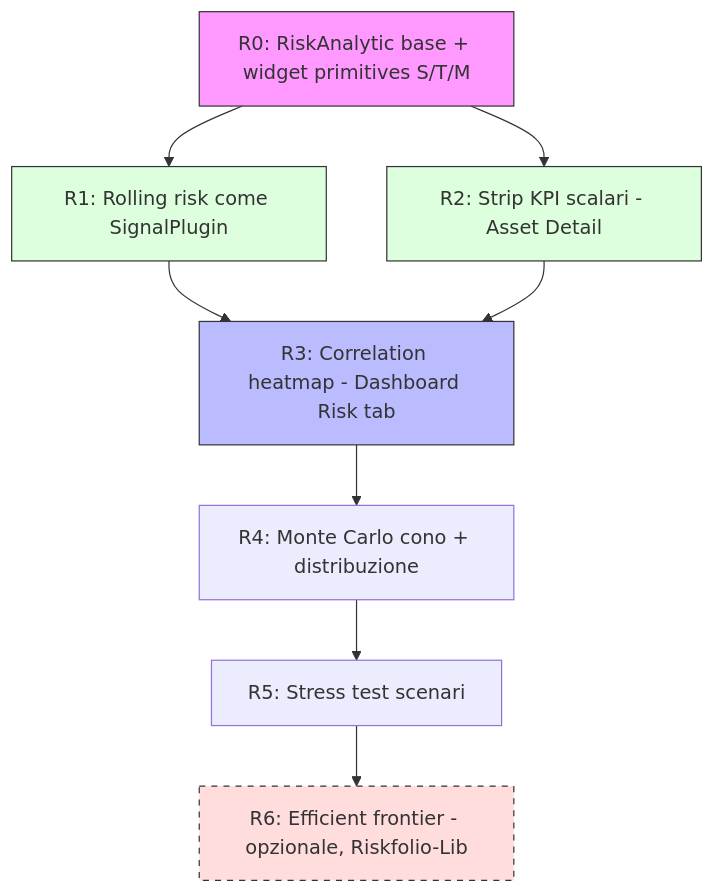
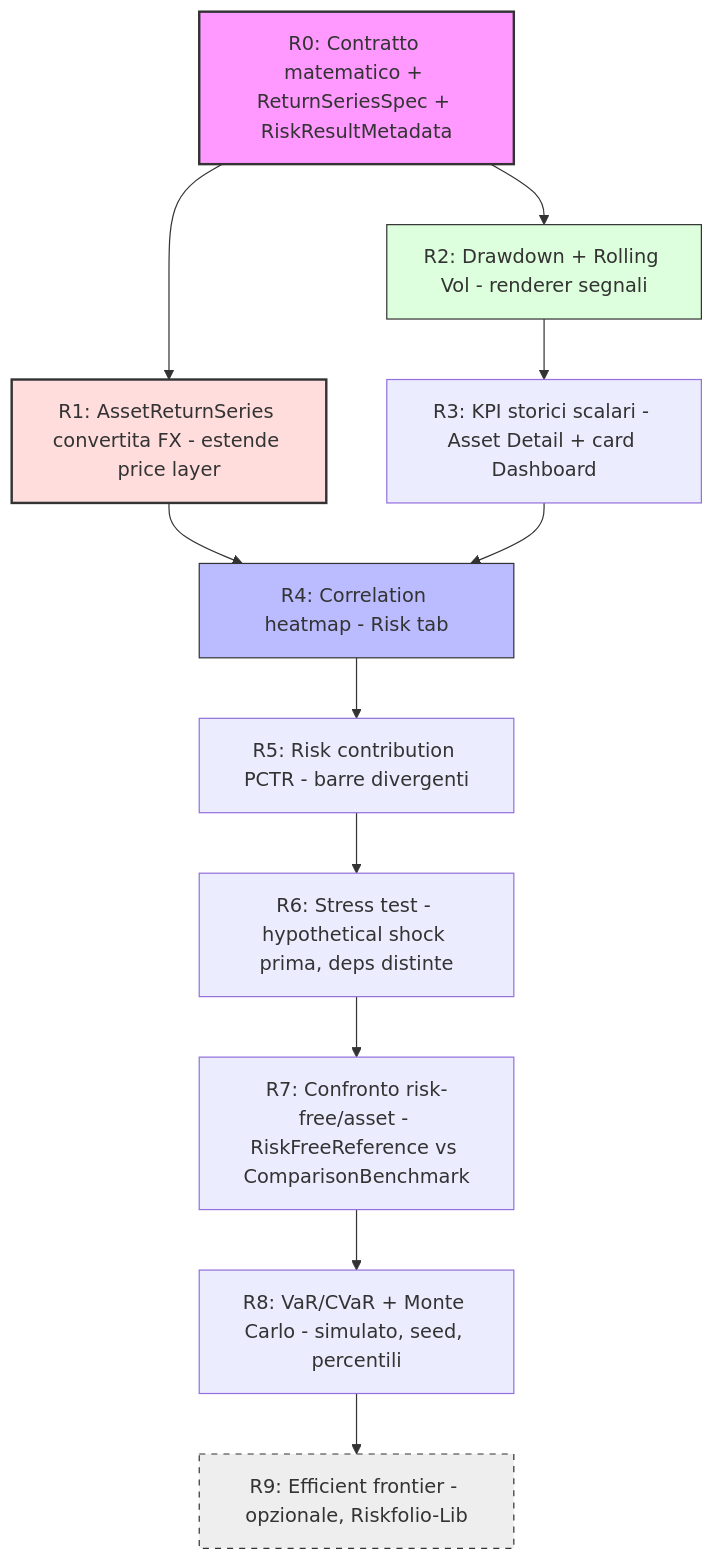
Before and after one commit to Librefolio/LibreFolio: the diagram in LibreFolio_developer_journal/Release_2/Phase_0/02_riskfolioIntegration/analysis-phase01RiskModularityAndPlacement.md, drawn with Mermaid. The commit also changed other lines of this file and 7 other files, not shown here.

````diff
--- a/LibreFolio_developer_journal/Release_2/Phase_0/02_riskfolioIntegration/analysis-phase01RiskModularityAndPlacement.md
+++ b/LibreFolio_developer_journal/Release_2/Phase_0/02_riskfolioIntegration/analysis-phase01RiskModularityAndPlacement.md
@@ -196,16 +439,19 @@
 ```mermaid
 graph TD
-    R0[R0: RiskAnalytic base + widget primitives S/T/M] --> R1[R1: Rolling risk come SignalPlugin]
-    R0 --> R2[R2: Strip KPI scalari - Asset Detail]
-    R1 --> R3[R3: Correlation heatmap - Dashboard Risk tab]
-    R2 --> R3
-    R3 --> R4[R4: Monte Carlo cono + distribuzione]
-    R4 --> R5[R5: Stress test scenari]
-    R5 --> R6[R6: Efficient frontier - opzionale, Riskfolio-Lib]
+    R0[R0: Contratto matematico + ReturnSeriesSpec + RiskResultMetadata] --> R1[R1: AssetReturnSeries convertita FX - estende price layer]
+    R0 --> R2[R2: Drawdown + Rolling Vol - renderer segnali]
+    R2 --> R3[R3: KPI storici scalari - Asset Detail + card Dashboard]
+    R1 --> R4[R4: Correlation heatmap - Risk tab]
+    R3 --> R4
+    R4 --> R5[R5: Risk contribution PCTR - barre divergenti]
+    R5 --> R6[R6: Stress test - hypothetical shock prima, deps distinte]
+    R6 --> R7[R7: Confronto risk-free/asset - RiskFreeReference vs ComparisonBenchmark]
+    R7 --> R8[R8: VaR/CVaR + Monte Carlo - simulato, seed, percentili]
+    R8 --> R9[R9: Efficient frontier - opzionale, Riskfolio-Lib]
 
-    style R0 fill:#f9f,stroke:#333
-    style R1 fill:#dfd,stroke:#333
+    style R0 fill:#f9f,stroke:#333,stroke-width:2px
+    style R1 fill:#fdd,stroke:#333,stroke-width:2px
     style R2 fill:#dfd,stroke:#333
-    style R3 fill:#bbf,stroke:#333
-    style R6 fill:#fdd,stroke:#333,stroke-dasharray: 5 5
+    style R4 fill:#bbf,stroke:#333
+    style R9 fill:#eee,stroke:#333,stroke-dasharray: 5 5
 ```
````
